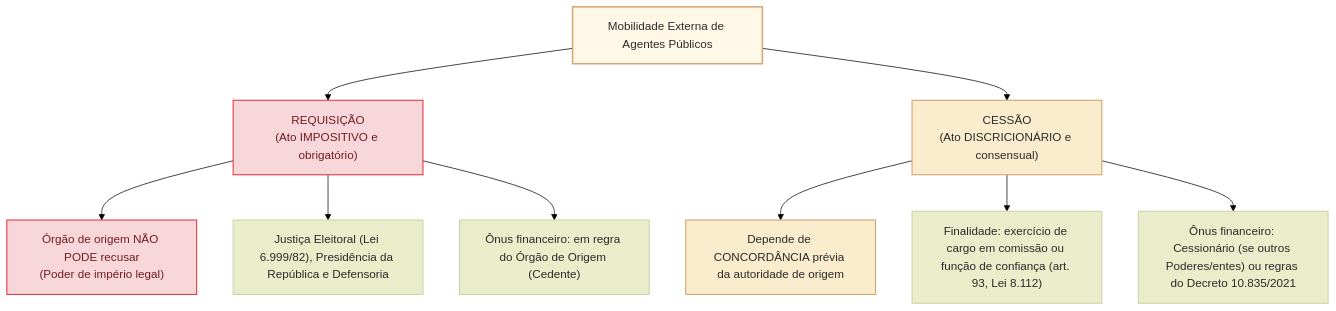
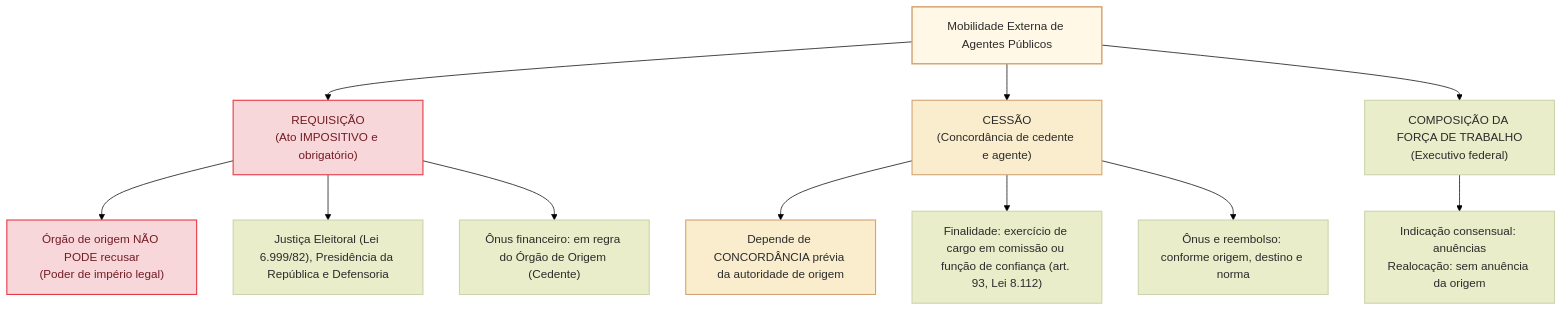
Before and after one commit to leorruas/concursos: the diagram in 3 - Materias/Direito Administrativo/19 - requisicao cessao e movimentacao de agentes publicos.md, drawn with Mermaid (forest theme). The commit also changed other lines of this file, not shown here.

````diff
--- a/3 - Materias/Direito Administrativo/19 - requisicao cessao e movimentacao de agentes publicos.md
+++ b/3 - Materias/Direito Administrativo/19 - requisicao cessao e movimentacao de agentes publicos.md
@@ -21,20 +19,22 @@
 ```mermaid
 flowchart TD
     classDef raiz fill:#fff8e7,stroke:#d4a373,stroke-width:2px,color:#2b2b2b;
     classDef req fill:#f8d7da,stroke:#e63946,stroke-width:1.5px,color:#721c24;
     classDef cessao fill:#faedcd,stroke:#d4a373,stroke-width:1.5px,color:#2b2b2b;
     classDef detalhe fill:#e9edc9,stroke:#ccd5ae,stroke-width:1.5px,color:#2b2b2b;
 
     A["Mobilidade Externa de Agentes Públicos"]:::raiz
 
     A --> B["REQUISIÇÃO<br/>(Ato IMPOSITIVO e obrigatório)"]:::req
-    A --> C["CESSÃO<br/>(Ato DISCRICIONÁRIO e consensual)"]:::cessao
+    A --> C["CESSÃO<br/>(Concordância de cedente e agente)"]:::cessao
+    A --> D["COMPOSIÇÃO DA FORÇA DE TRABALHO<br/>(Executivo federal)"]:::detalhe
 
     B --> B1["Órgão de origem NÃO PODE recusar<br/>(Poder de império legal)"]:::req
     B --> B2["Justiça Eleitoral (Lei 6.999/82), Presidência da República e Defensoria"]:::detalhe
     B --> B3["Ônus financeiro: em regra do Órgão de Origem (Cedente)"]:::detalhe
 
     C --> C1["Depende de CONCORDÂNCIA prévia da autoridade de origem"]:::cessao
     C --> C2["Finalidade: exercício de cargo em comissão ou função de confiança (art. 93, Lei 8.112)"]:::detalhe
-    C --> C3["Ônus financeiro: Cessionário (se outros Poderes/entes) ou regras do Decreto 10.835/2021"]:::detalhe
+    C --> C3["Ônus e reembolso: conforme origem, destino e norma"]:::detalhe
+    D --> D1["Indicação consensual: anuências<br/>Realocação: sem anuência da origem"]:::detalhe
 ```
````
